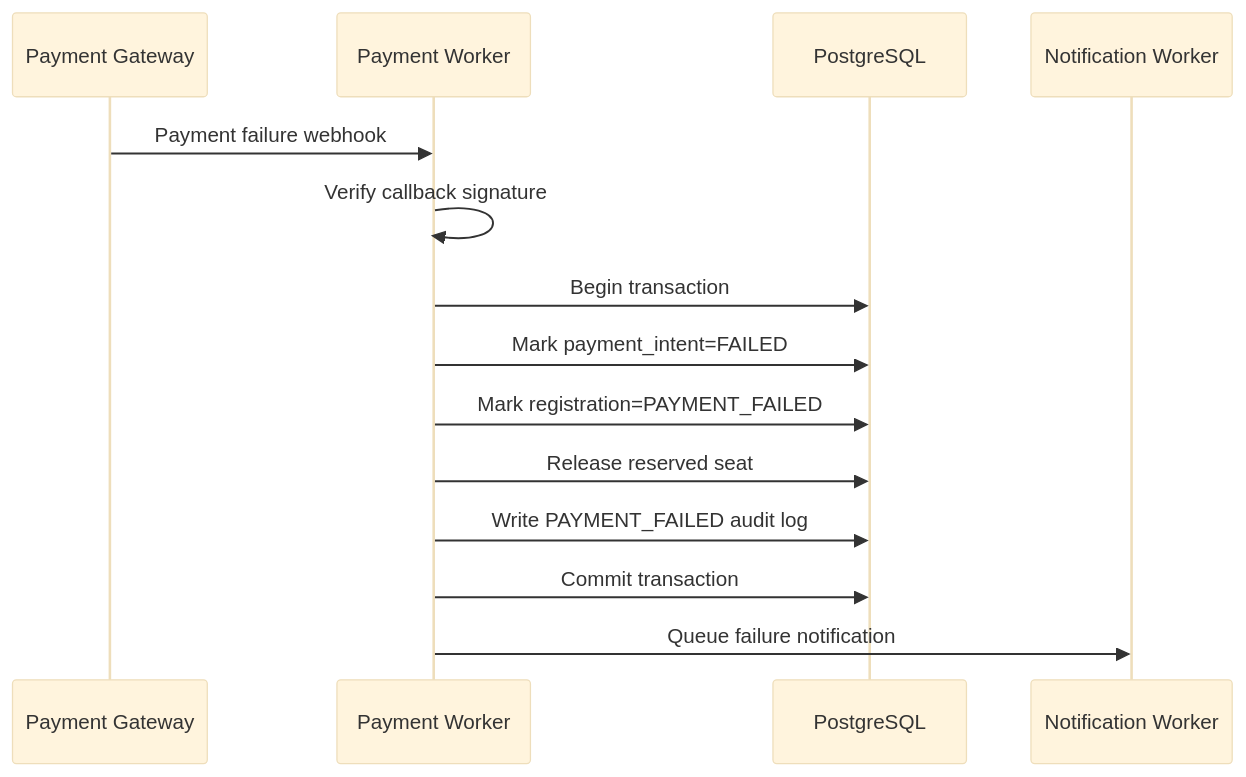
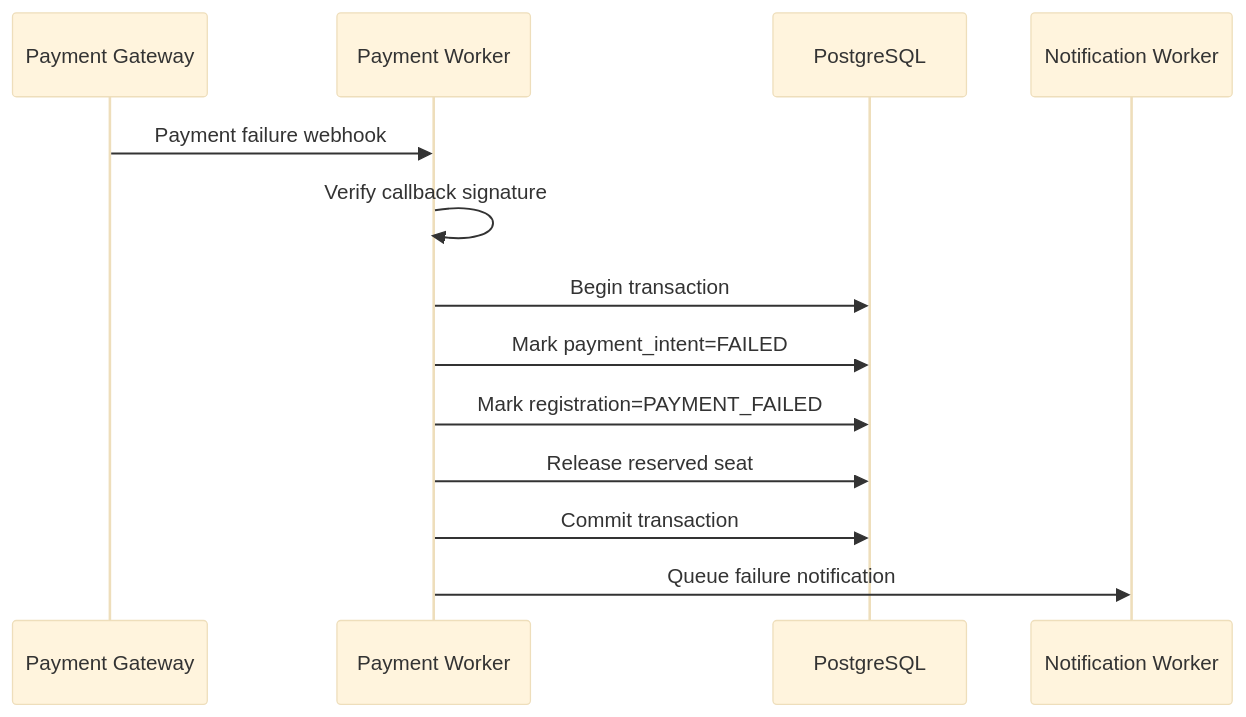
The fourth of 6 diagrams in blueprint/specs/payment.md (NguyenThanhTien539/unihub-workshop-system), drawn with Mermaid (base theme) before and after one commit. The commit also changed other lines of this file and 8 other files, not shown here.

````diff
--- a/blueprint/specs/payment.md
+++ b/blueprint/specs/payment.md
@@ -151,17 +145,16 @@
 ```mermaid
 sequenceDiagram
     participant P as Payment Gateway
     participant W as Payment Worker
     participant DB as PostgreSQL
     participant N as Notification Worker
 
     P->>W: Payment failure webhook
     W->>W: Verify callback signature
     W->>DB: Begin transaction
     W->>DB: Mark payment_intent=FAILED
     W->>DB: Mark registration=PAYMENT_FAILED
     W->>DB: Release reserved seat
-    W->>DB: Write PAYMENT_FAILED audit log
     W->>DB: Commit transaction
     W->>N: Queue failure notification
 ```
````
